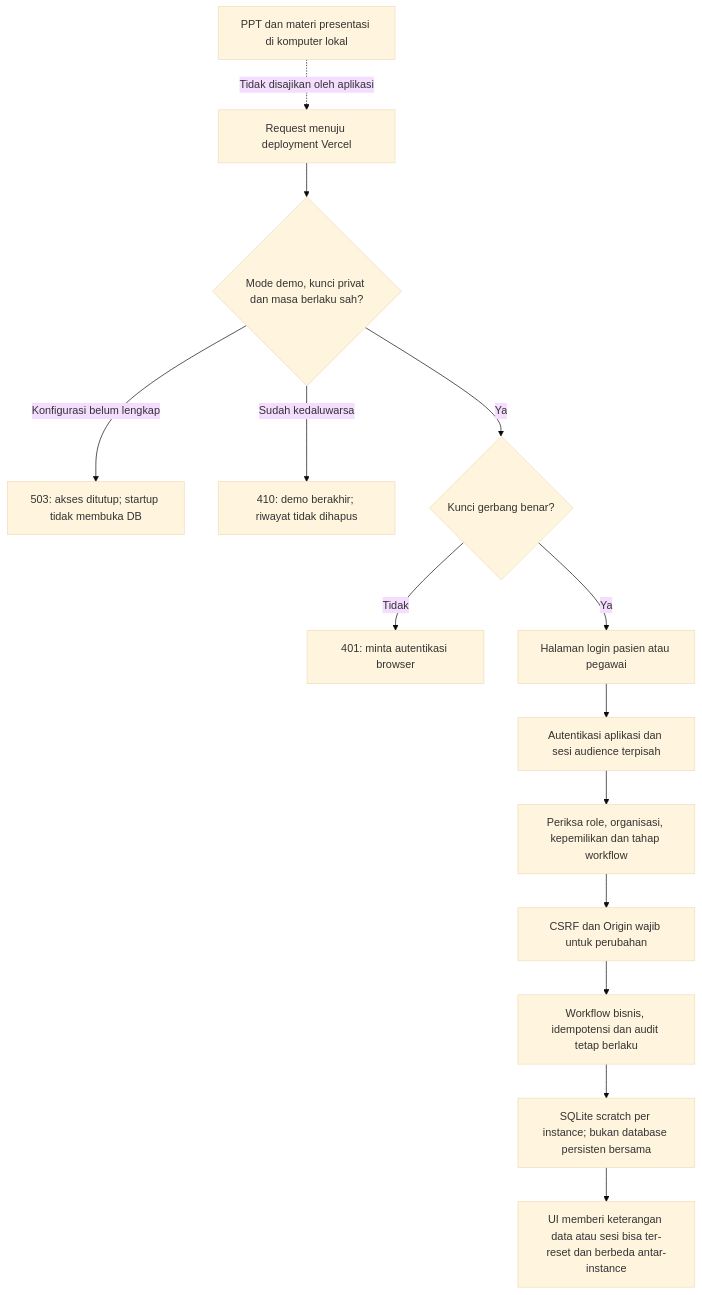
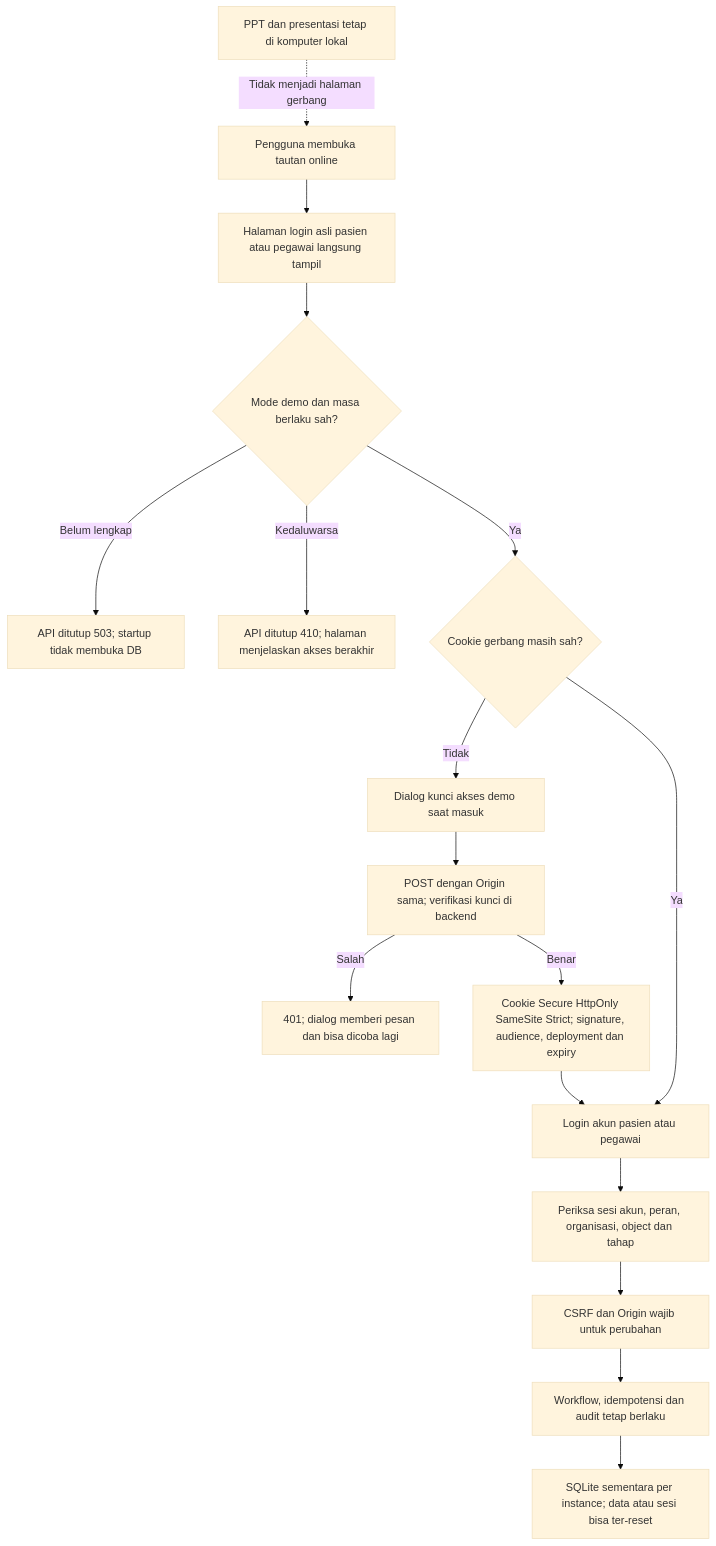
One commit to Kikumpum/NARAYA-AURENTIS-MONOLITHIC changed the diagram in docs/TEMPORARY_ONLINE_DEMO_FLOW.mmd. Above: the diagram before and after it, drawn with Mermaid (base theme). The commit also changed 10 other files, not shown here.

Commit message:
Restore original login design with in-page temporary demo access

```diff
--- a/docs/TEMPORARY_ONLINE_DEMO_FLOW.mmd
+++ b/docs/TEMPORARY_ONLINE_DEMO_FLOW.mmd
@@ -1,14 +1,17 @@
 flowchart TD
-    H[Request menuju deployment Vercel] --> C{Mode demo, kunci privat dan masa berlaku sah?}
-    C -->|Konfigurasi belum lengkap| U[503: akses ditutup; startup tidak membuka DB]
-    C -->|Sudah kedaluwarsa| E[410: demo berakhir; riwayat tidak dihapus]
-    C -->|Ya| G{Kunci gerbang benar?}
-    G -->|Tidak| X[401: minta autentikasi browser]
-    G -->|Ya| L[Halaman login pasien atau pegawai]
-    L --> A[Autentikasi aplikasi dan sesi audience terpisah]
-    A --> R[Periksa role, organisasi, kepemilikan dan tahap workflow]
+    H[Pengguna membuka tautan online] --> L[Halaman login asli pasien atau pegawai langsung tampil]
+    L --> C{Mode demo dan masa berlaku sah?}
+    C -->|Belum lengkap| U[API ditutup 503; startup tidak membuka DB]
+    C -->|Kedaluwarsa| E[API ditutup 410; halaman menjelaskan akses berakhir]
+    C -->|Ya| G{Cookie gerbang masih sah?}
+    G -->|Tidak| K[Dialog kunci akses demo saat masuk]
+    K --> O[POST dengan Origin sama; verifikasi kunci di backend]
+    O -->|Salah| X[401; dialog memberi pesan dan bisa dicoba lagi]
+    O -->|Benar| T[Cookie Secure HttpOnly SameSite Strict; signature, audience, deployment dan expiry]
+    G -->|Ya| A[Login akun pasien atau pegawai]
+    T --> A
+    A --> R[Periksa sesi akun, peran, organisasi, object dan tahap]
     R --> S[CSRF dan Origin wajib untuk perubahan]
-    S --> W[Workflow bisnis, idempotensi dan audit tetap berlaku]
-    W --> D[SQLite scratch per instance; bukan database persisten bersama]
-    D --> N[UI memberi keterangan data atau sesi bisa ter-reset dan berbeda antar-instance]
-    P[PPT dan materi presentasi di komputer lokal] -. Tidak disajikan oleh aplikasi .-> H
+    S --> W[Workflow, idempotensi dan audit tetap berlaku]
+    W --> D[SQLite sementara per instance; data atau sesi bisa ter-reset]
+    P[PPT dan presentasi tetap di komputer lokal] -. Tidak menjadi halaman gerbang .-> H
```
